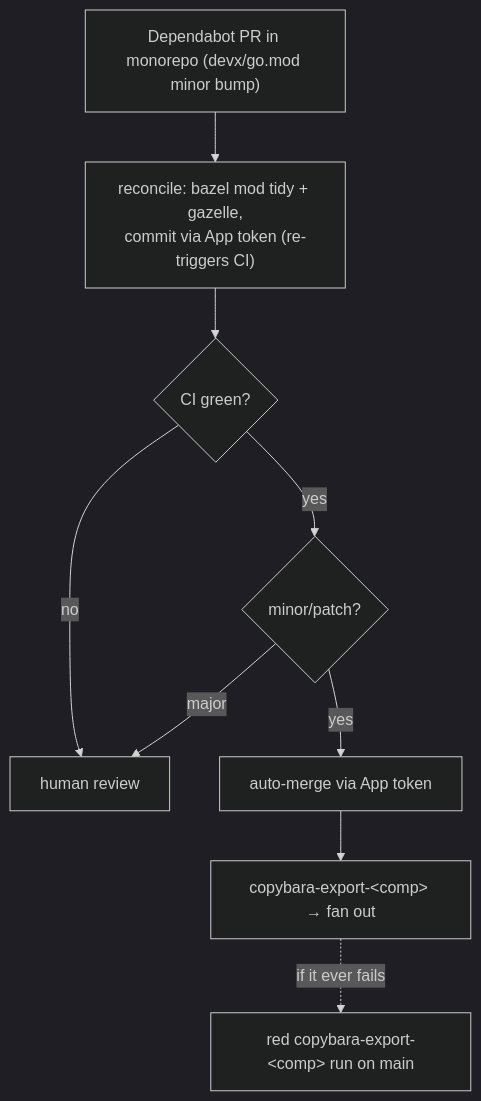
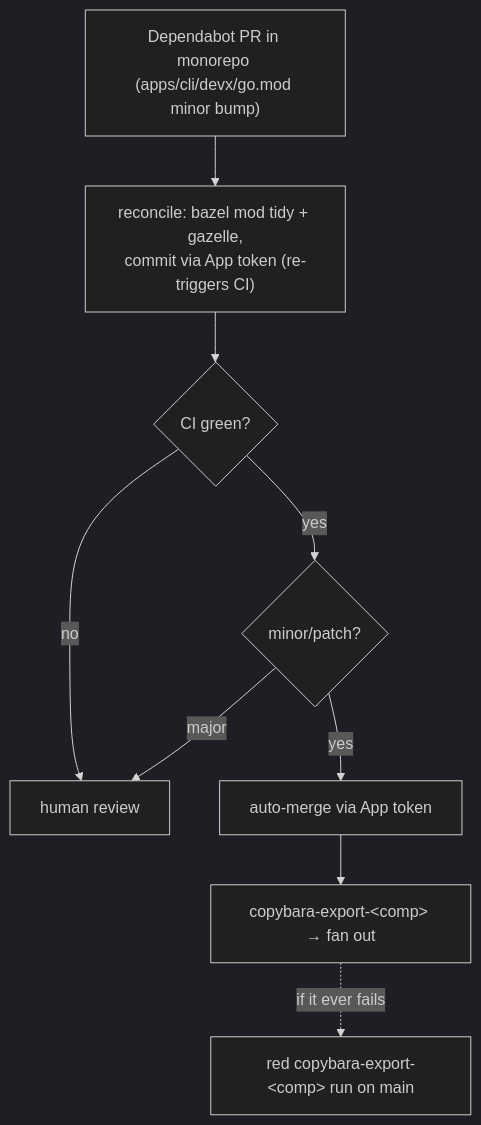
The seventh of 7 diagrams in docs/admin/copybara-sync.md (VitruvianSoftware/vitruvian-core), drawn with Mermaid (dark theme) before and after one commit. The commit also changed other lines of this file and 73 other files, not shown here.

````diff
--- a/docs/admin/copybara-sync.md
+++ b/docs/admin/copybara-sync.md
@@ -462,11 +462,11 @@
 ```mermaid
 flowchart TD
-    DB["Dependabot PR in monorepo (devx/go.mod minor bump)"] --> RC["reconcile: bazel mod tidy + gazelle,<br/>commit via App token (re-triggers CI)"]
+    DB["Dependabot PR in monorepo (apps/cli/devx/go.mod minor bump)"] --> RC["reconcile: bazel mod tidy + gazelle,<br/>commit via App token (re-triggers CI)"]
     RC --> CI{"CI green?"}
     CI -- "no" --> H["human review"]
     CI -- "yes" --> AM{"minor/patch?"}
     AM -- "major" --> H
     AM -- "yes" --> M["auto-merge via App token"]
     M --> EX["copybara-export-&lt;comp&gt; → fan out"]
     EX -. "if it ever fails" .-> DR["red copybara-export-&lt;comp&gt; run on main"]
 ```
````
